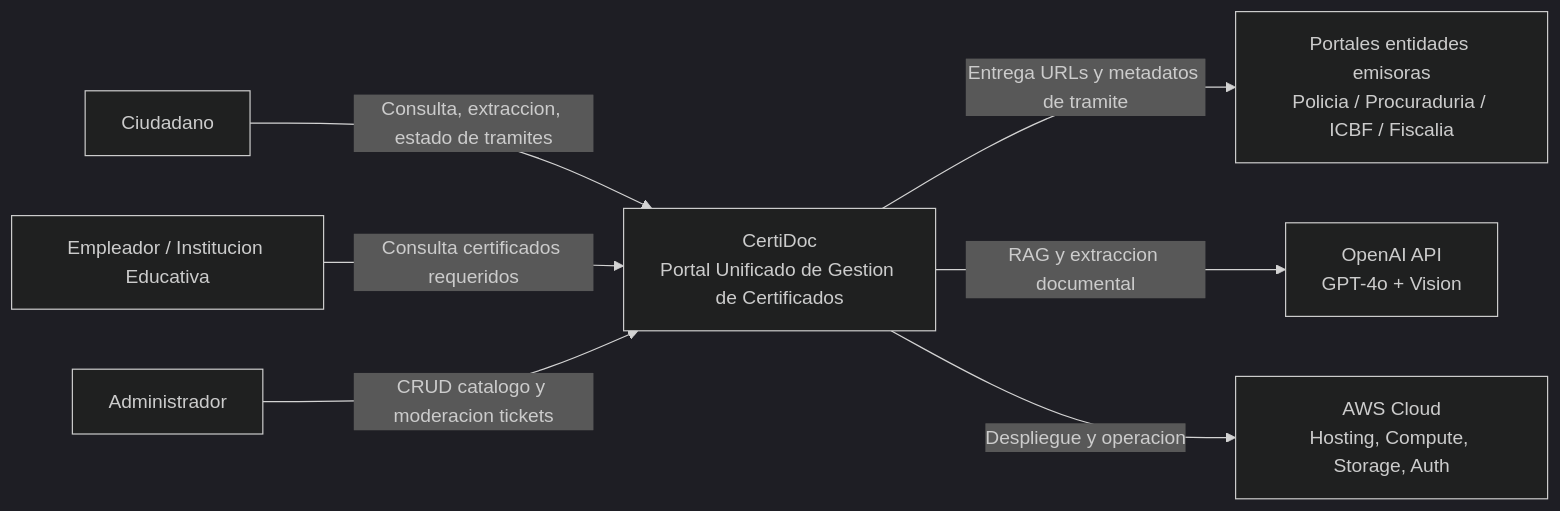
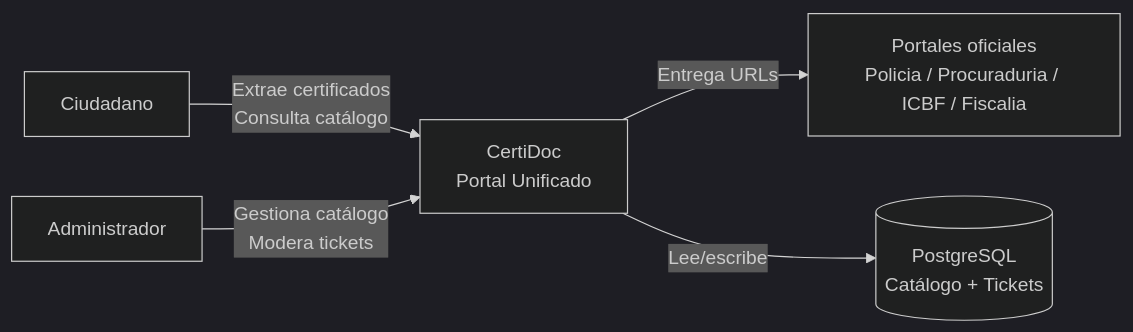
The first of 2 diagrams in README.md (hdballestan/ISAIA_gupo1), drawn with Mermaid (dark theme) before and after one commit. The commit also changed other lines of this file and 27 other files, not shown here.

Commit message:
feat(entrega-3): completar T-2026-04-17-01, T-2026-04-17-02 y T-2026-04-17-03 (mejoras UX de estado portal, actualización de README al stack real y revisión de amenazas con VirusTotal bajo demanda) con validaciones manuales; implementación apoyada por gpt-5.3-codex (medium) - Haiku

````diff
--- a/README.md
+++ b/README.md
@@ -263,20 +263,13 @@
 ```mermaid
 flowchart LR
   C[Ciudadano]
-  E[Empleador / Institucion Educativa]
   A[Administrador]
+  S[CertiDoc\nPortal Unificado]
+  P[Portales oficiales\nPolicia / Procuraduria / ICBF / Fiscalia]
+  DB[(PostgreSQL\nCatálogo + Tickets)]
 
-  S[CertiDoc\nPortal Unificado de Gestion de Certificados]
-
-  P[Portales entidades emisoras\nPolicia / Procuraduria / ICBF / Fiscalia]
-  O[OpenAI API\nGPT-4o + Vision]
-  W[AWS Cloud\nHosting, Compute, Storage, Auth]
-
-  C -->|Consulta, extraccion, estado de tramites| S
-  E -->|Consulta certificados requeridos| S
-  A -->|CRUD catalogo y moderacion tickets| S
-
-  S -->|Entrega URLs y metadatos de tramite| P
-  S -->|RAG y extraccion documental| O
-  S -->|Despliegue y operacion| W
+  C -->|Extrae certificados<br/>Consulta catálogo| S
+  A -->|Gestiona catálogo<br/>Modera tickets| S
+  S -->|Entrega URLs| P
+  S -->|Lee/escribe| DB
 ```
````
